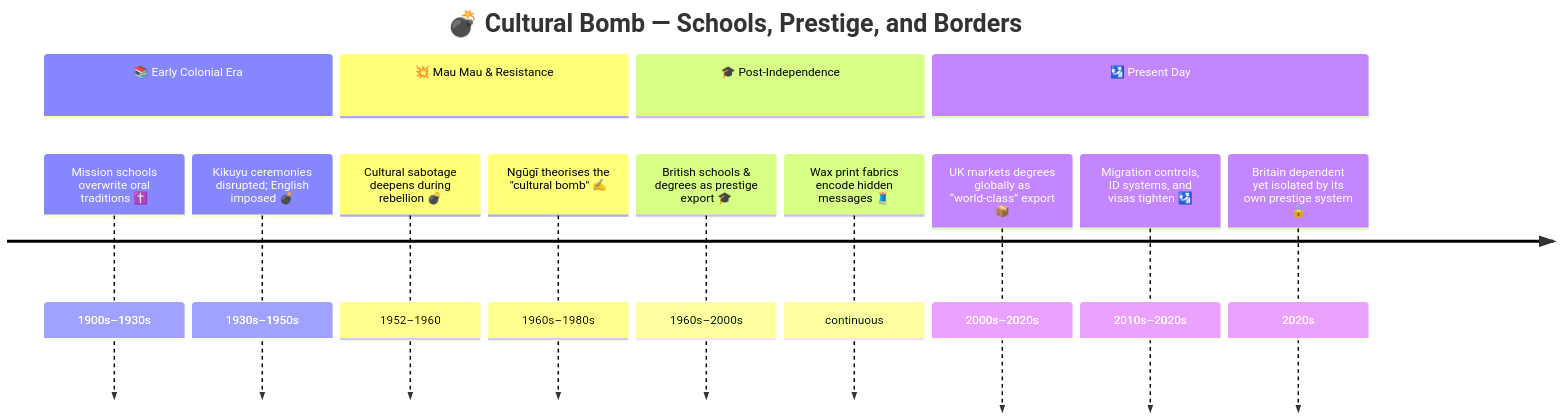
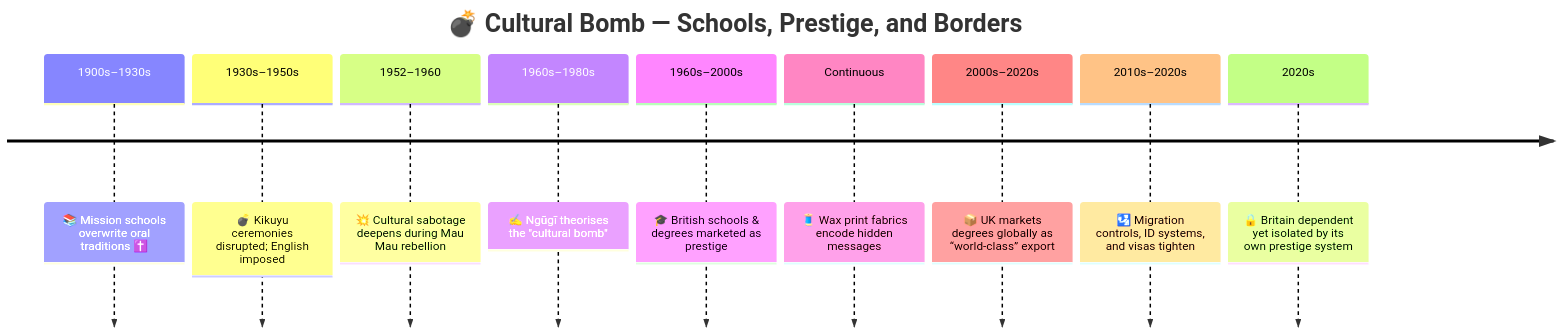
Before and after one commit to josefsbreakfast/Polaris-Protocol: the diagram in Disruption_Kit/Big_Picture_Protocols/🗝️_Politics_Memory_Work/💣_the_cultural_bomb.md, drawn with Mermaid.

````diff
--- a/Disruption_Kit/Big_Picture_Protocols/🗝️_Politics_Memory_Work/💣_the_cultural_bomb.md
+++ b/Disruption_Kit/Big_Picture_Protocols/🗝️_Politics_Memory_Work/💣_the_cultural_bomb.md
@@ -94,17 +94,13 @@
 ```mermaid
 timeline
     title 💣 Cultural Bomb — Schools, Prestige, and Borders
-    section 📚 Early Colonial Era
-      Mission schools overwrite oral traditions ✝️ : 1900s–1930s
-      Kikuyu ceremonies disrupted; English imposed 💣 : 1930s–1950s
-    section 💥 Mau Mau & Resistance
-      Cultural sabotage deepens during rebellion 💣 : 1952–1960
-      Ngũgĩ theorises the "cultural bomb" ✍️ : 1960s–1980s
-    section 🎓 Post-Independence
-      British schools & degrees as prestige export 🎓 : 1960s–2000s
-      Wax print fabrics encode hidden messages 🧵 : continuous
-    section 🛂 Present Day
-      UK markets degrees globally as “world-class” export 📦 : 2000s–2020s
-      Migration controls, ID systems, and visas tighten 🛂 : 2010s–2020s
-      Britain dependent yet isolated by its own prestige system 🔒 : 2020s
+    1900s–1930s : 📚 Mission schools overwrite oral traditions ✝️
+    1930s–1950s : 💣 Kikuyu ceremonies disrupted; English imposed
+    1952–1960   : 💥 Cultural sabotage deepens during Mau Mau rebellion
+    1960s–1980s : ✍️ Ngũgĩ theorises the "cultural bomb"
+    1960s–2000s : 🎓 British schools & degrees marketed as prestige
+    Continuous  : 🧵 Wax print fabrics encode hidden messages
+    2000s–2020s : 📦 UK markets degrees globally as “world-class” export
+    2010s–2020s : 🛂 Migration controls, ID systems, and visas tighten
+    2020s       : 🔒 Britain dependent yet isolated by its own prestige system
 ```
````
